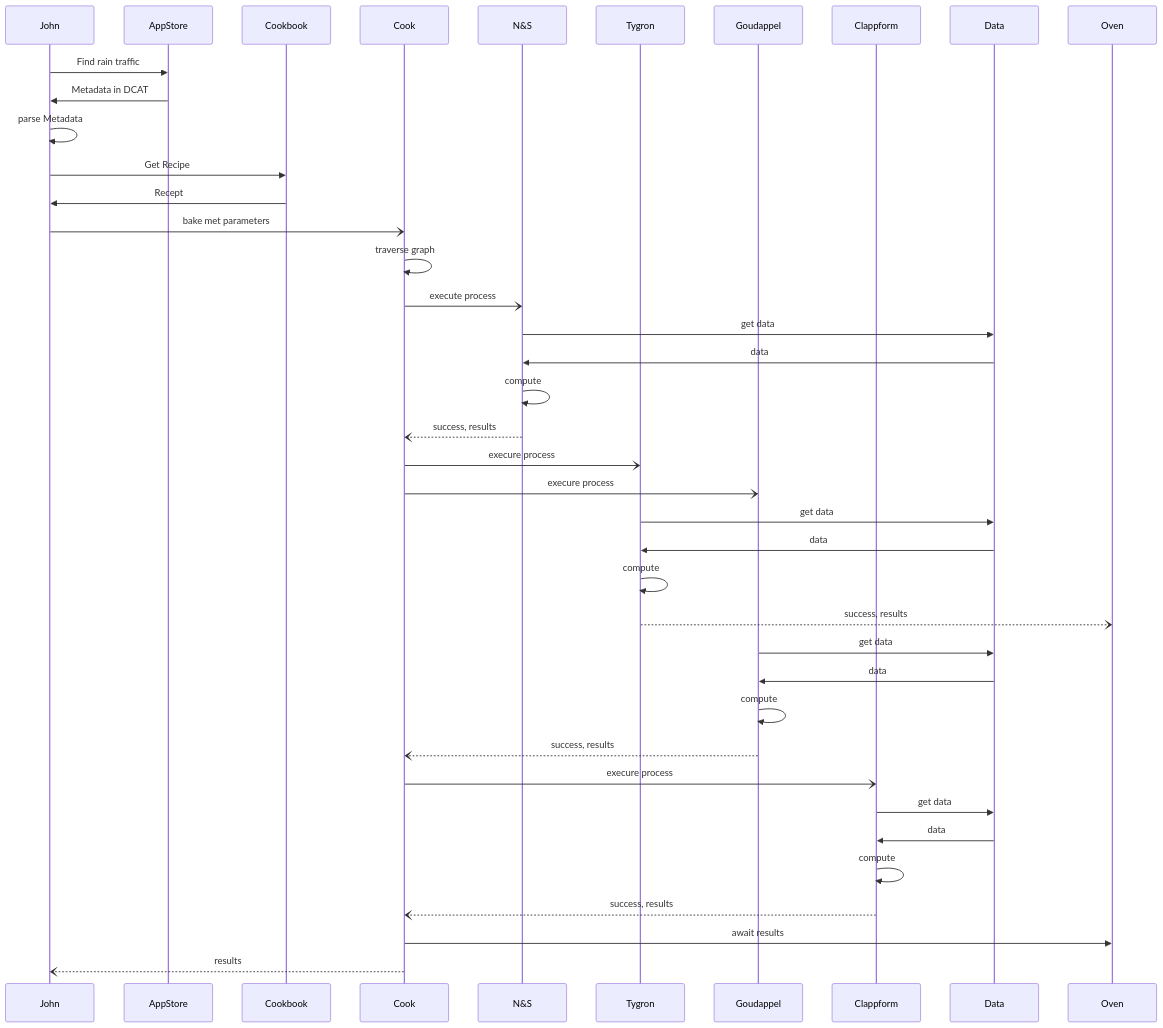
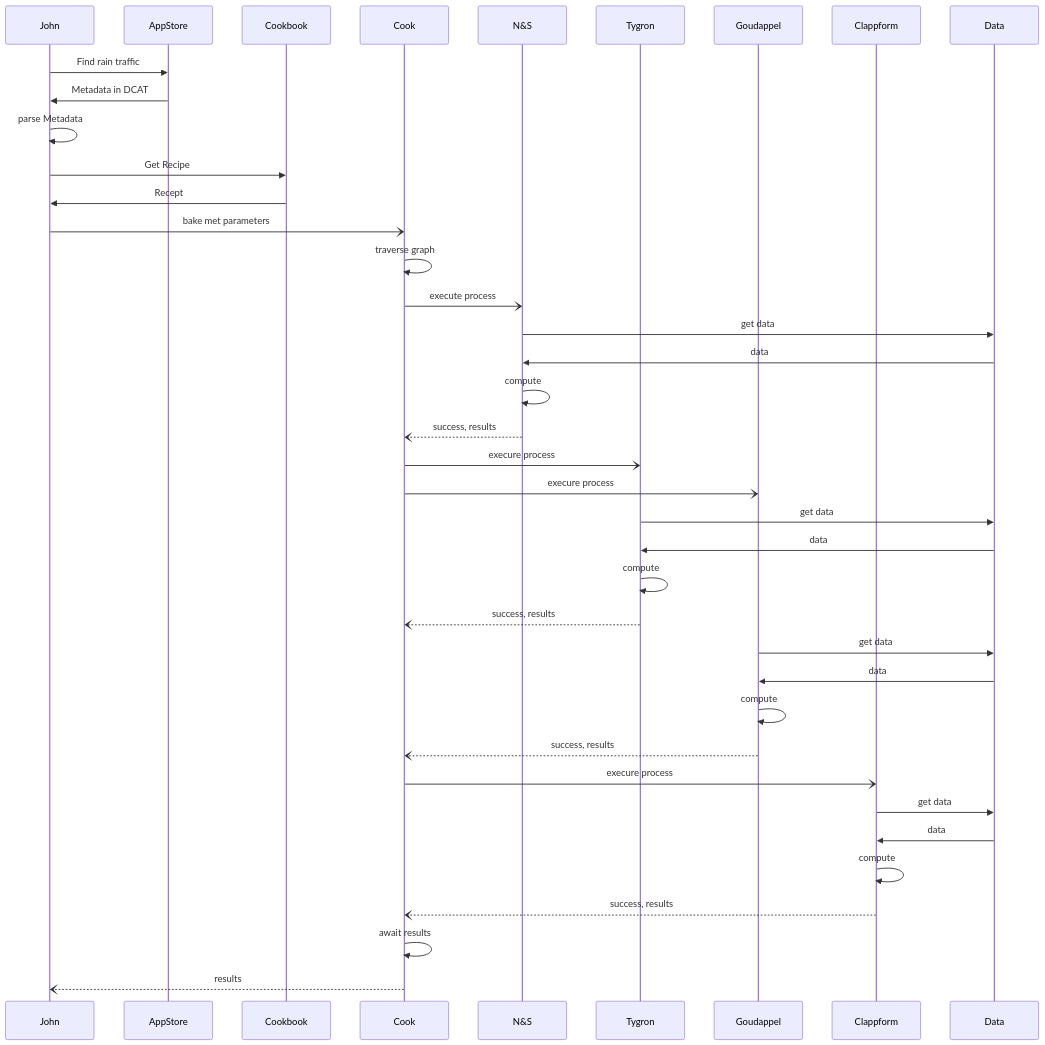
One commit to Geonovum/nLDT-AppStore changed the second of 2 diagrams in README.md. Above: the diagram before and after it, drawn with Mermaid.

Commit message:
Update process flow references in README

````diff
--- a/README.md
+++ b/README.md
@@ -28,47 +28,47 @@
 ```mermaid
 sequenceDiagram
     participant John
     participant AppStore
     participant Cookbook
     participant Cook
     participant N&S
     participant Tygron
     participant Goudappel
     participant Clappform
     participant Data
   
     John->>AppStore:Find rain traffic
     AppStore->>John:Metadata in DCAT
     John->>John:parse Metadata
     John->>Cookbook:Get Recipe
     Cookbook->>John:Recept
     John-)Cook:bake met parameters
     Cook->>Cook: traverse graph
 
     Cook-)N&S:execute process
     N&S->>Data:get data
     Data->>N&S: data
     N&S->>N&S: compute
     N&S--)Cook: success, results
 
     Cook-)Tygron:execure process
     Cook-)Goudappel:execure process
     Tygron->>Data:get data
     Data->>Tygron: data
     Tygron->>Tygron: compute
-    Tygron--)Oven: success, results
+    Tygron--)Cook: success, results
 
     Goudappel->>Data:get data
     Data->>Goudappel: data
     Goudappel->>Goudappel: compute
     Goudappel--)Cook: success, results
 
     Cook-)Clappform:execure process
     Clappform->>Data:get data
     Data->>Clappform: data
     Clappform->>Clappform: compute
     Clappform--)Cook: success, results
 
-    Cook->>Oven: await results
+    Cook->>Cook: await results
     Cook--)John: results    
 ```
````
